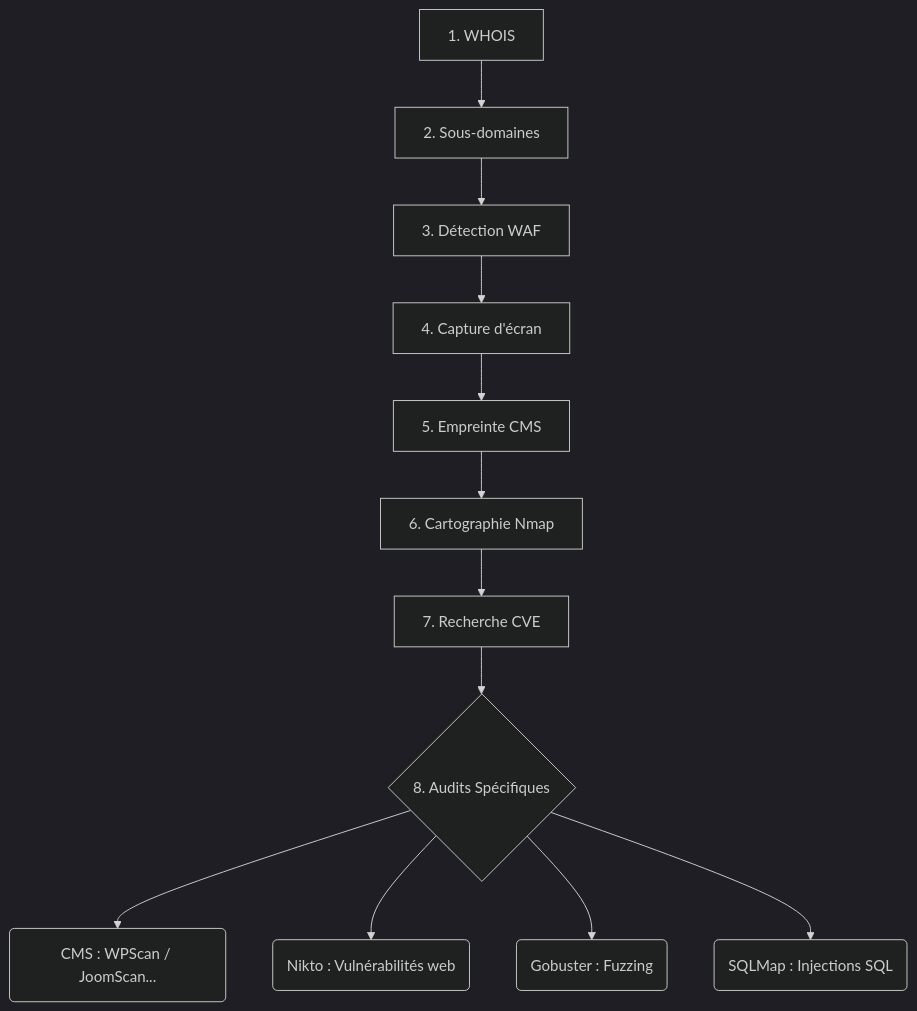
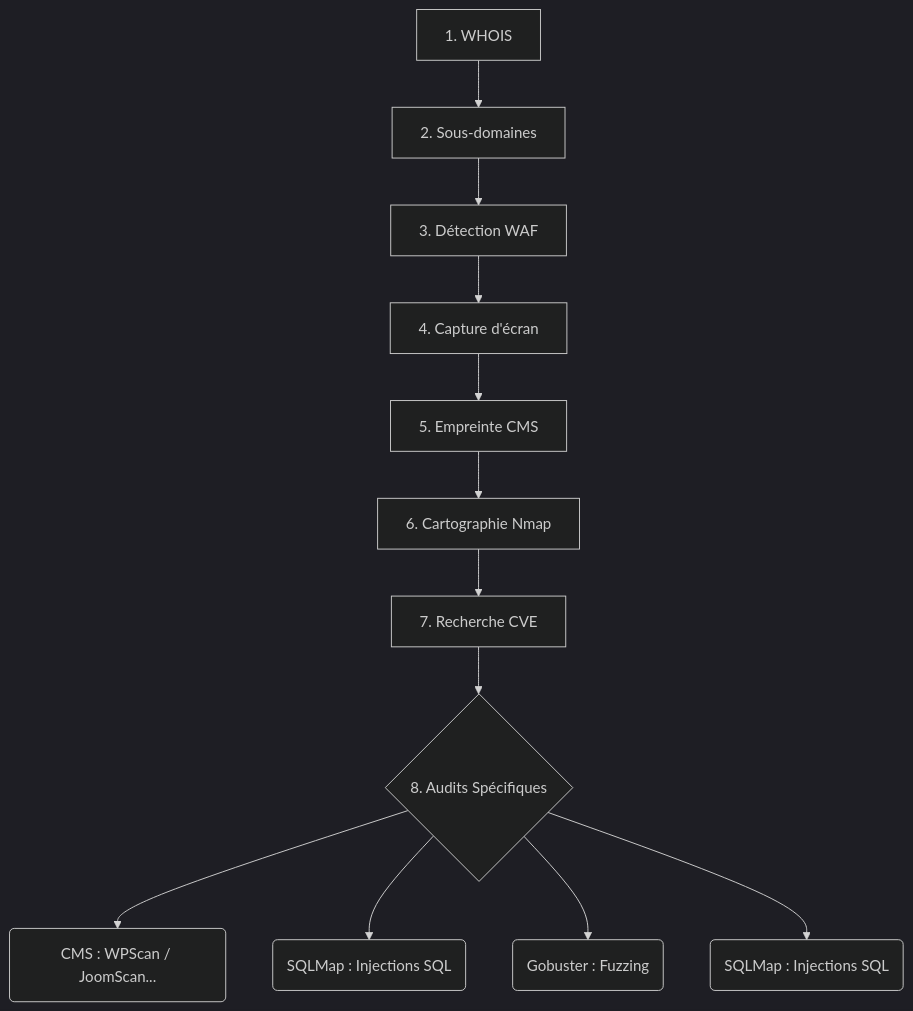
Before and after one commit to Ronan-Bozoc-cyber/matrix-scanner: the first of 2 diagrams in README.md, drawn with Mermaid (dark theme). The commit also changed other lines of this file and 9 other files, not shown here.

````diff
--- a/README.md
+++ b/README.md
@@ -110,14 +110,14 @@
 ```mermaid
 graph TD
     A[1. WHOIS] --> B[2. Sous-domaines]
     B --> C[3. Détection WAF]
     C --> D[4. Capture d'écran]
     D --> E[5. Empreinte CMS]
     E --> F[6. Cartographie Nmap]
     F --> G[7. Recherche CVE]
     G --> H{8. Audits Spécifiques}
     H --> I(CMS : WPScan / JoomScan...)
-    H --> J(Nikto : Vulnérabilités web)
+    H --> J(SQLMap : Injections SQL)
     H --> K(Gobuster : Fuzzing)
     H --> L(SQLMap : Injections SQL)
 ```
````
